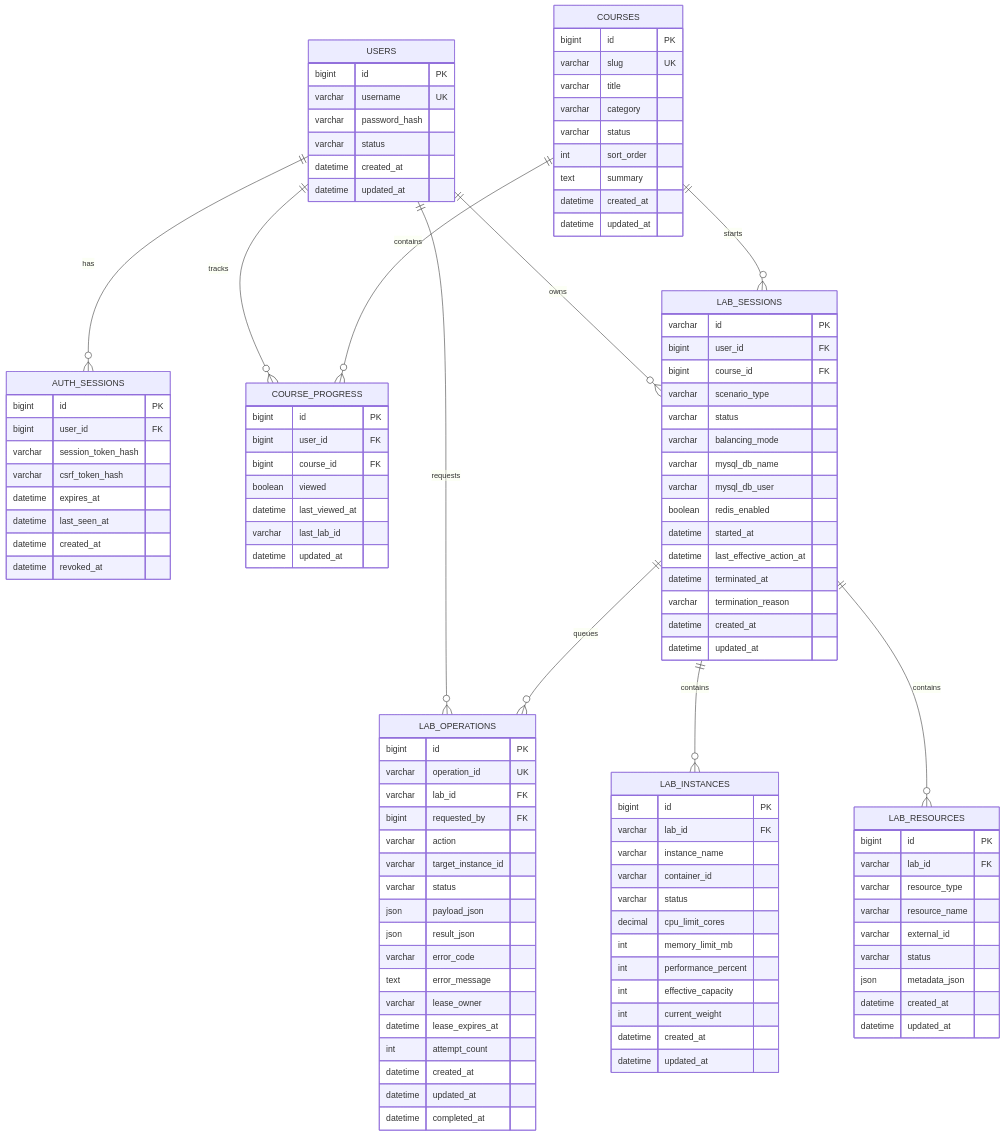
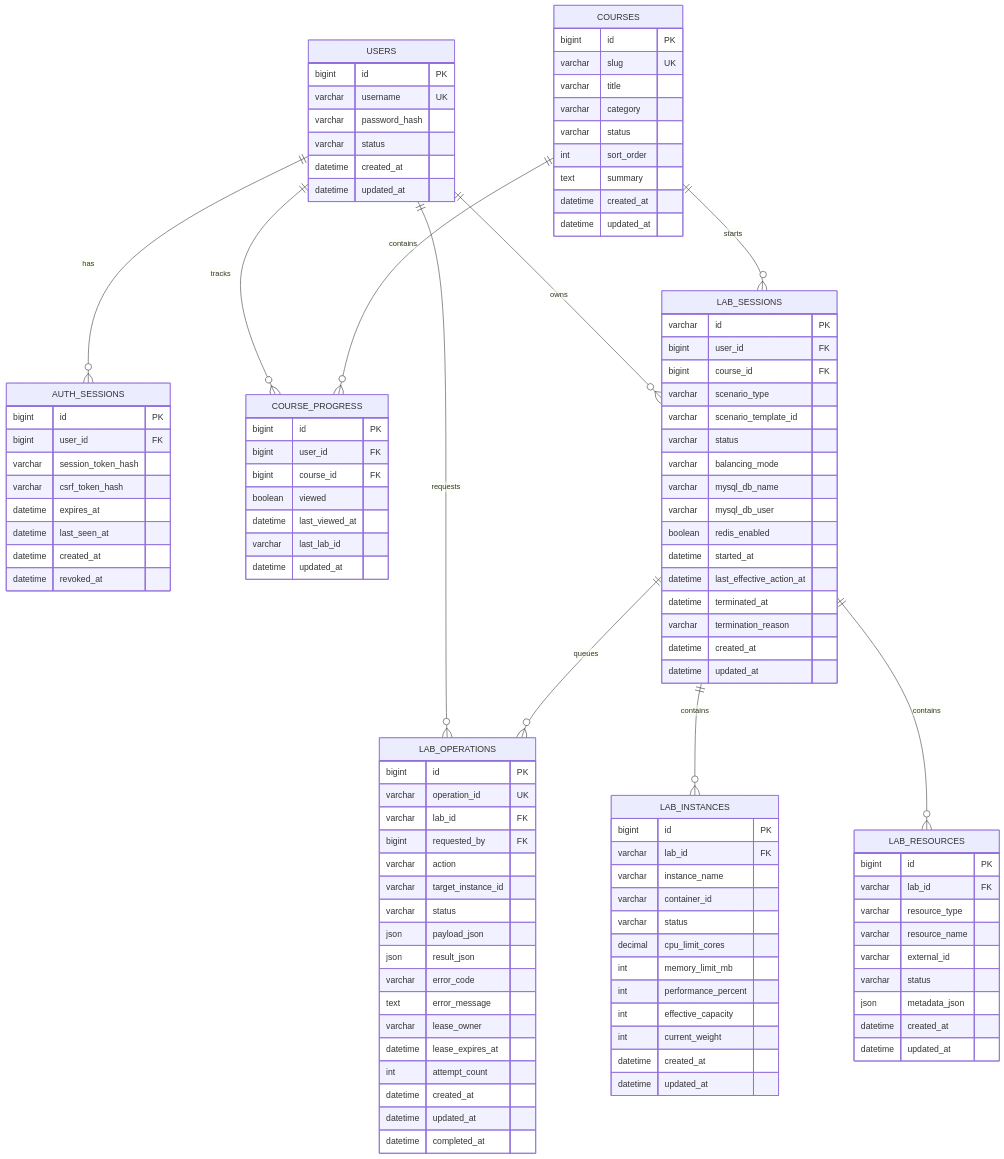
The fifth of 9 diagrams in docs/superpowers/specs/2026-07-12-backend-architecture-learning-platform-design.md (Yelo-Pandora/Website-GoBased), drawn with Mermaid before and after one commit. The commit also changed other lines of this file, not shown here.

Commit message:
docs: define lab template defaults and overload behavior

```diff
--- a/docs/superpowers/specs/2026-07-12-backend-architecture-learning-platform-design.md
+++ b/docs/superpowers/specs/2026-07-12-backend-architecture-learning-platform-design.md
@@ -437,6 +516,7 @@
         bigint user_id FK
         bigint course_id FK
         varchar scenario_type
+        varchar scenario_template_id
         varchar status
         varchar balancing_mode
         varchar mysql_db_name
```
